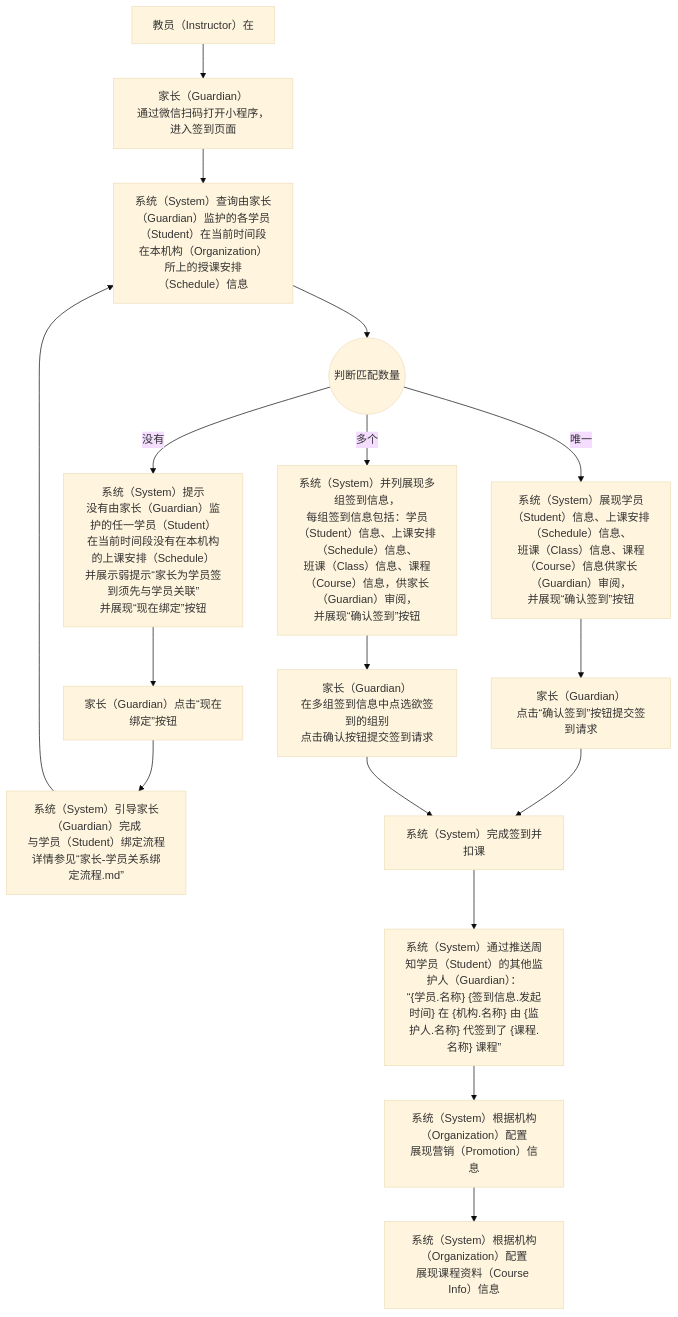
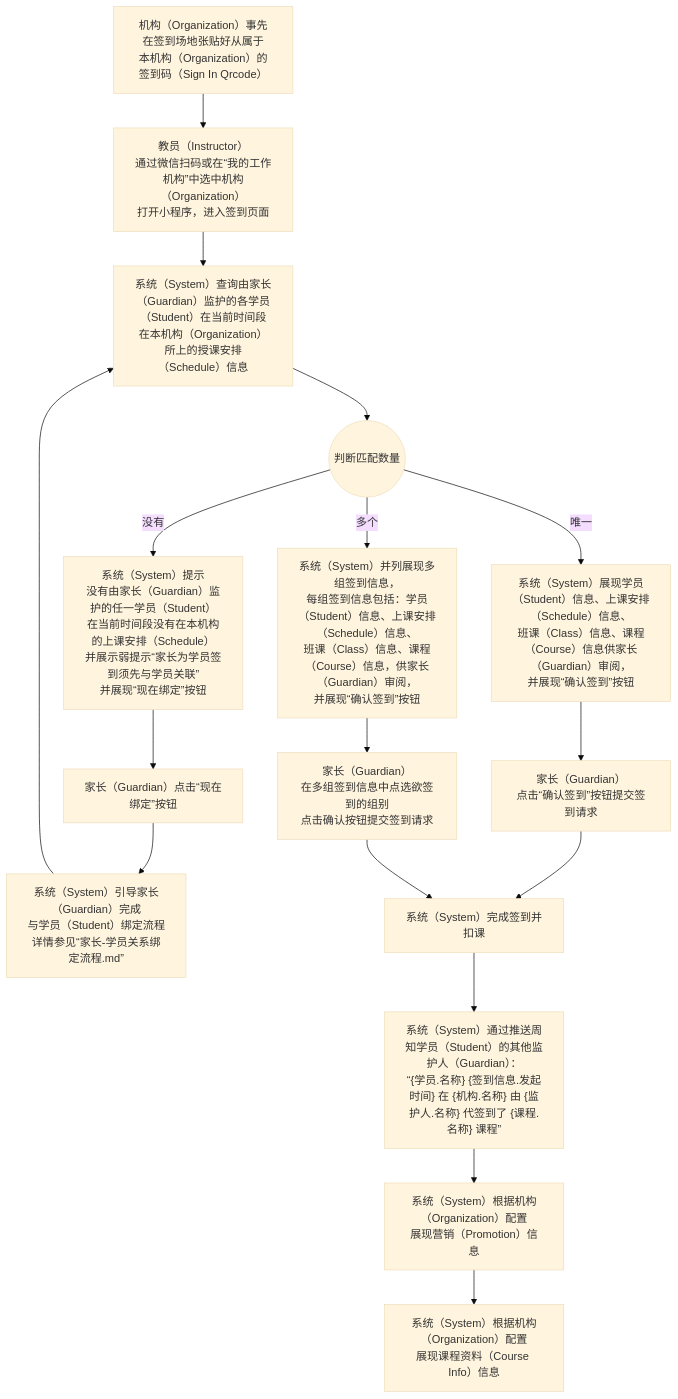
One commit to world-wide-web/sign changed the third of 3 diagrams in 用例/签到.md. Above: the diagram before and after it, drawn with Mermaid (base theme). The commit also changed other lines of this file, not shown here.

````diff
--- a/用例/签到.md
+++ b/用例/签到.md
@@ -81,34 +81,34 @@
 ```mermaid
 graph TD
-A["<center>教员（Instructor）在</center>"]
-B["<center>家长（Guardian）<br>通过微信扫码打开小程序，进入签到页面</center>"]
+A["<center>机构（Organization）事先在签到场地张贴好从属于<br>本机构（Organization）的签到码（Sign In Qrcode）</center>"]
+B["<center>教员（Instructor）<br>通过微信扫码或在“我的工作机构”中选中机构（Organization）<br>打开小程序，进入签到页面</center>"]
 C["<center>系统（System）查询由家长（Guardian）监护的各学员（Student）在当前时间段<br>在本机构（Organization）所上的授课安排（Schedule）信息"]
 D(("<center>判断匹配数量</center>"))
 D0["<center>系统（System）提示<br>没有由家长（Guardian）监护的任一学员（Student）<br>在当前时间段没有在本机构的上课安排（Schedule）<br>并展示弱提示“家长为学员签到须先与学员关联”<br>并展现“现在绑定”按钮</center>"]
 D0A["<center>家长（Guardian）点击“现在绑定”按钮</center>"]
 D0B["<center>系统（System）引导家长（Guardian）完成<br>与学员（Student）绑定流程<br>详情参见“家长-学员关系绑定流程.md”</center>"]
 D1["<center>系统（System）展现学员（Student）信息、上课安排（Schedule）信息、<br>班课（Class）信息、课程（Course）信息供家长（Guardian）审阅，<br>并展现“确认签到”按钮</center>"]
 D1A["<center>家长（Guardian）<br>点击“确认签到”按钮提交签到请求</center>"]
 Dn["<center>系统（System）并列展现多组签到信息，<br>每组签到信息包括：学员（Student）信息、上课安排（Schedule）信息、<br>班课（Class）信息、课程（Course）信息，供家长（Guardian）审阅，<br>并展现“确认签到”按钮</center>"]
 DnA["<center>家长（Guardian）<br>在多组签到信息中点选欲签到的组别<br>点击确认按钮提交签到请求</center>"]
 E["<center>系统（System）完成签到并扣课</center>"]
 F["<center>系统（System）通过推送周知学员（Student）的其他监护人（Guardian）：<br>“{学员.名称} {签到信息.发起时间} 在 {机构.名称} 由 {监护人.名称} 代签到了 {课程.名称} 课程”</center>"]
 G["<center>系统（System）根据机构（Organization）配置<br>展现营销（Promotion）信息</center>"]
 H["<center>系统（System）根据机构（Organization）配置<br>展现课程资料（Course Info）信息</center>"]
 A-->B
 B-->C
 C-->D
 D--没有-->D0
 D0-->D0A
 D0A-->D0B
 D0B-->C
 D--唯一-->D1
 D1-->D1A
 D1A-->E
 D--多个-->Dn
 Dn-->DnA
 DnA-->E
 E-->F
 F-->G
 G-->H
 ```
````
